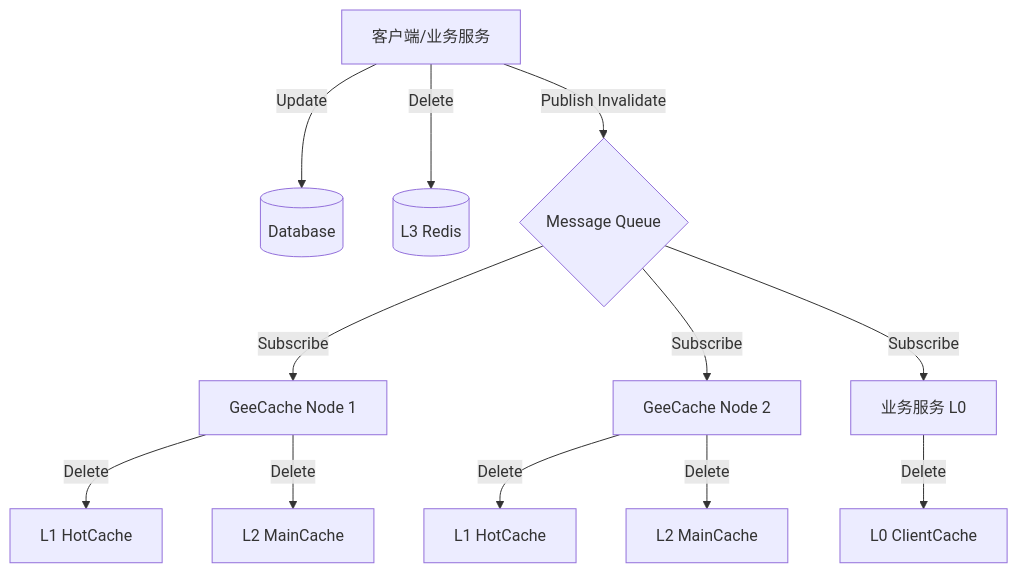
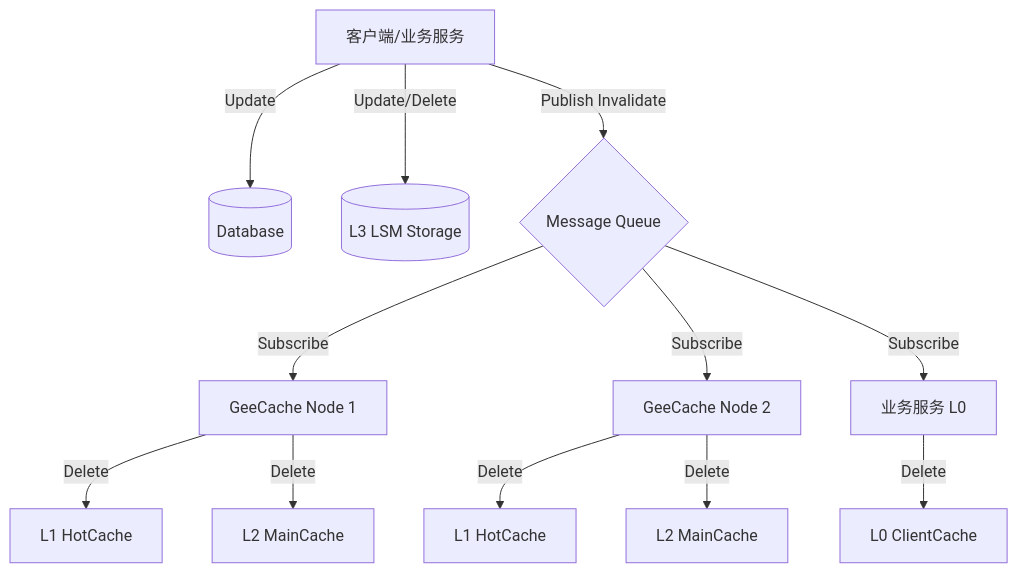
Before and after one commit to XNefertar/GeeCache: the diagram in go/docs/consistency.md, drawn with Mermaid. The commit also changed other lines of this file and 7 other files, not shown here.

````diff
--- a/go/docs/consistency.md
+++ b/go/docs/consistency.md
@@ -29,18 +30,18 @@
 ```mermaid
 graph TD
     Client[客户端/业务服务] -->|Update| DB[(Database)]
-    Client -->|Delete| L3[(L3 Redis)]
+    Client -->|Update/Delete| L3[(L3 LSM Storage)]
     Client -->|Publish Invalidate| MQ{Message Queue}
     
     MQ -->|Subscribe| Node1[GeeCache Node 1]
     MQ -->|Subscribe| Node2[GeeCache Node 2]
     MQ -->|Subscribe| AppClient[业务服务 L0]
     
     Node1 -->|Delete| L1_1[L1 HotCache]
     Node1 -->|Delete| L2_1[L2 MainCache]
     
     Node2 -->|Delete| L1_2[L1 HotCache]
     Node2 -->|Delete| L2_2[L2 MainCache]
     
     AppClient -->|Delete| L0[L0 ClientCache]
 ```
````
